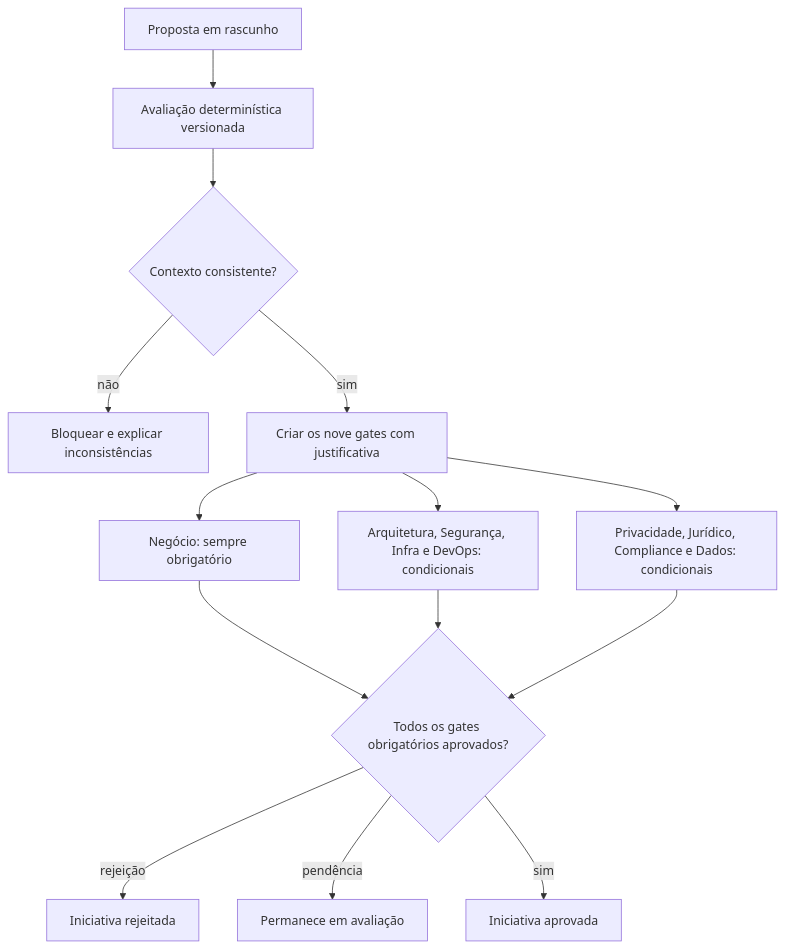
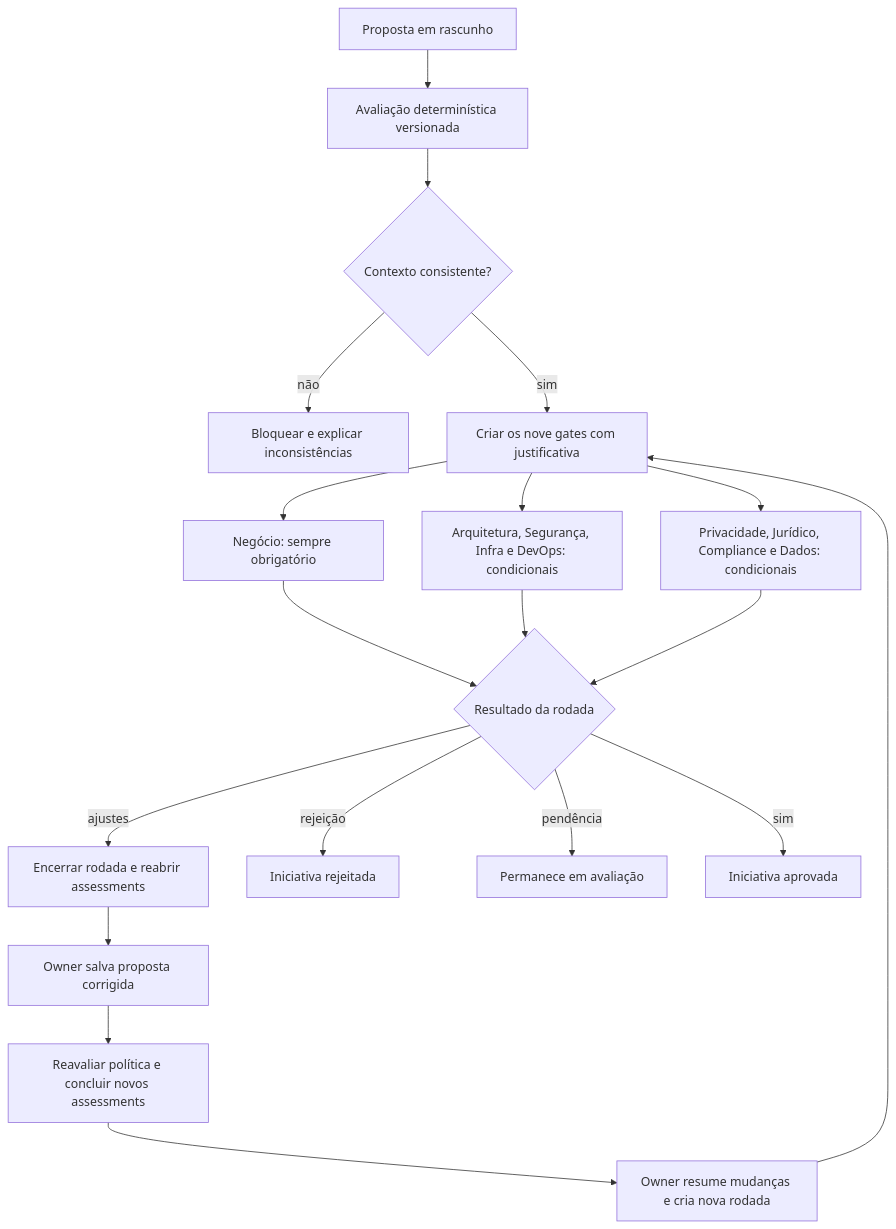
One commit to brunovicco/verifiable-ai-governance changed the diagram in docs/governance/APPROVAL_FLOW.md. Above: the diagram before and after it, drawn with Mermaid. The commit also changed other lines of this file and 23 other files, not shown here.

````diff
--- a/docs/governance/APPROVAL_FLOW.md
+++ b/docs/governance/APPROVAL_FLOW.md
@@ -3,16 +3,21 @@
 ```mermaid
 flowchart TD
   D["Proposta em rascunho"] --> E["Avaliação determinística versionada"]
   E --> C{"Contexto consistente?"}
   C -- não --> B["Bloquear e explicar inconsistências"]
   C -- sim --> G["Criar os nove gates com justificativa"]
   G --> N["Negócio: sempre obrigatório"]
   G --> T["Arquitetura, Segurança, Infra e DevOps: condicionais"]
   G --> R["Privacidade, Jurídico, Compliance e Dados: condicionais"]
-  N --> A{"Todos os gates obrigatórios aprovados?"}
+  N --> A{"Resultado da rodada"}
   T --> A
   R --> A
+  A -- ajustes --> J["Encerrar rodada e reabrir assessments"]
+  J --> V["Owner salva proposta corrigida"]
+  V --> Q["Reavaliar política e concluir novos assessments"]
+  Q --> S["Owner resume mudanças e cria nova rodada"]
+  S --> G
   A -- rejeição --> X["Iniciativa rejeitada"]
   A -- pendência --> W["Permanece em avaliação"]
   A -- sim --> P["Iniciativa aprovada"]
 ```
````
